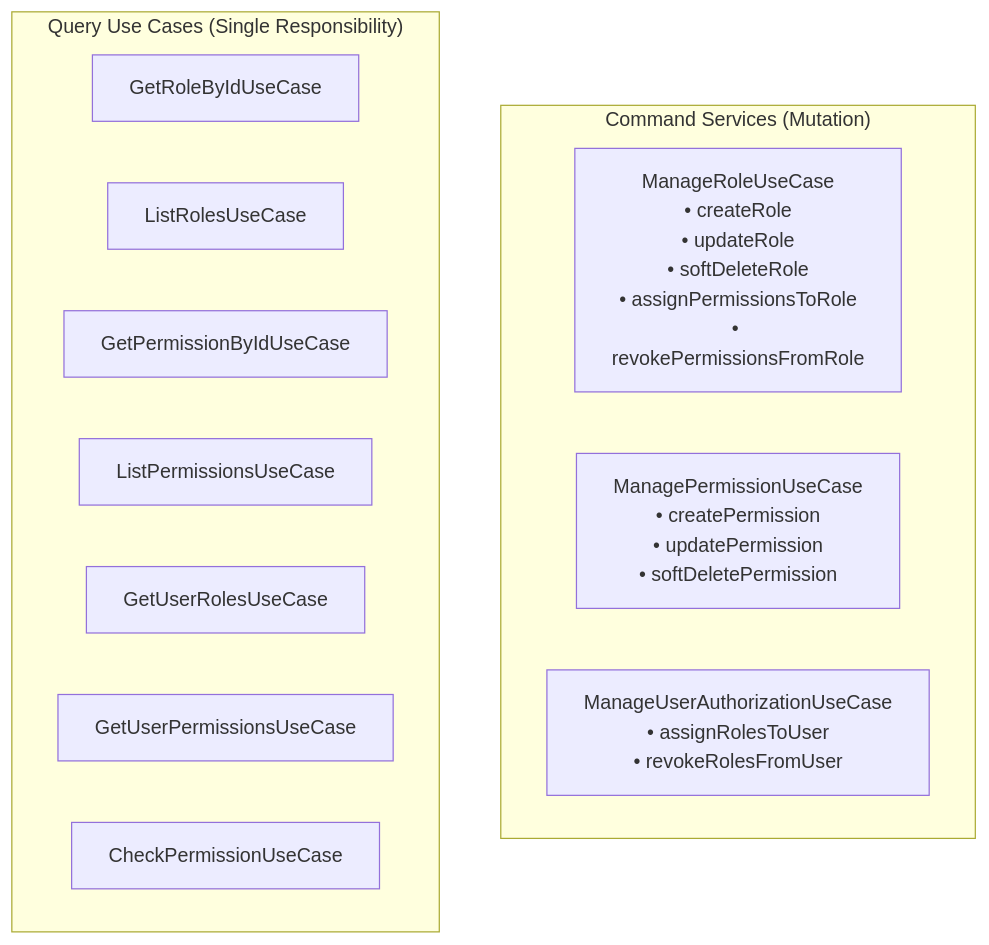
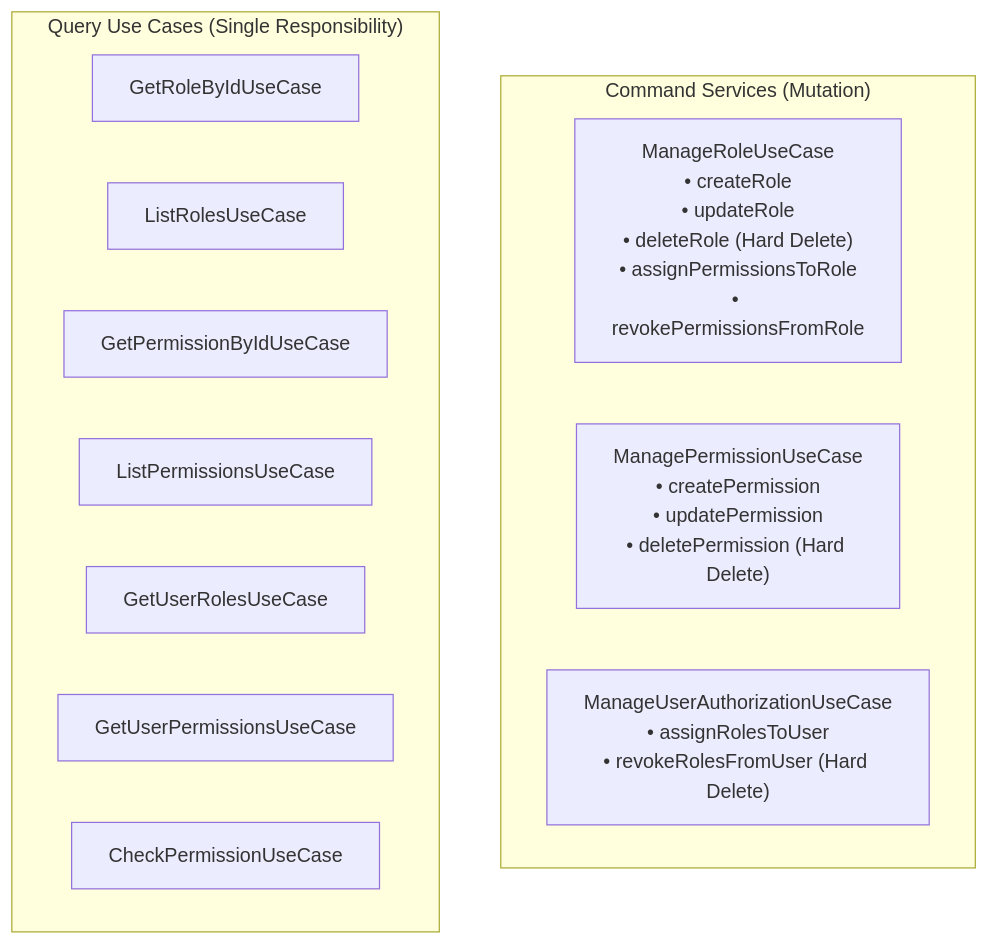
The second of 3 diagrams in docs/superpowers/specs/2026-07-29-authorization-v2-refactoring-design.md (MaiTheHao/vaops), drawn with Mermaid before and after one commit. The commit also changed other lines of this file, not shown here.

Commit message:
docs(authorization): update architecture spec to use Hard Delete for RBAC

````diff
--- a/docs/superpowers/specs/2026-07-29-authorization-v2-refactoring-design.md
+++ b/docs/superpowers/specs/2026-07-29-authorization-v2-refactoring-design.md
@@ -404,18 +379,18 @@
 ```mermaid
 flowchart TD
     subgraph CommandServices["Command Services (Mutation)"]
-        MR["ManageRoleUseCase<br/>• createRole<br/>• updateRole<br/>• softDeleteRole<br/>• assignPermissionsToRole<br/>• revokePermissionsFromRole"]
-        MP["ManagePermissionUseCase<br/>• createPermission<br/>• updatePermission<br/>• softDeletePermission"]
-        MUA["ManageUserAuthorizationUseCase<br/>• assignRolesToUser<br/>• revokeRolesFromUser"]
+        MR["ManageRoleUseCase<br/>• createRole<br/>• updateRole<br/>• deleteRole (Hard Delete)<br/>• assignPermissionsToRole<br/>• revokePermissionsFromRole"]
+        MP["ManagePermissionUseCase<br/>• createPermission<br/>• updatePermission<br/>• deletePermission (Hard Delete)"]
+        MUA["ManageUserAuthorizationUseCase<br/>• assignRolesToUser<br/>• revokeRolesFromUser (Hard Delete)"]
     end
 
     subgraph QueryUseCases["Query Use Cases (Single Responsibility)"]
         Q1["GetRoleByIdUseCase"]
         Q2["ListRolesUseCase"]
         Q3["GetPermissionByIdUseCase"]
         Q4["ListPermissionsUseCase"]
         Q5["GetUserRolesUseCase"]
         Q6["GetUserPermissionsUseCase"]
         Q7["CheckPermissionUseCase"]
     end
 ```
````
